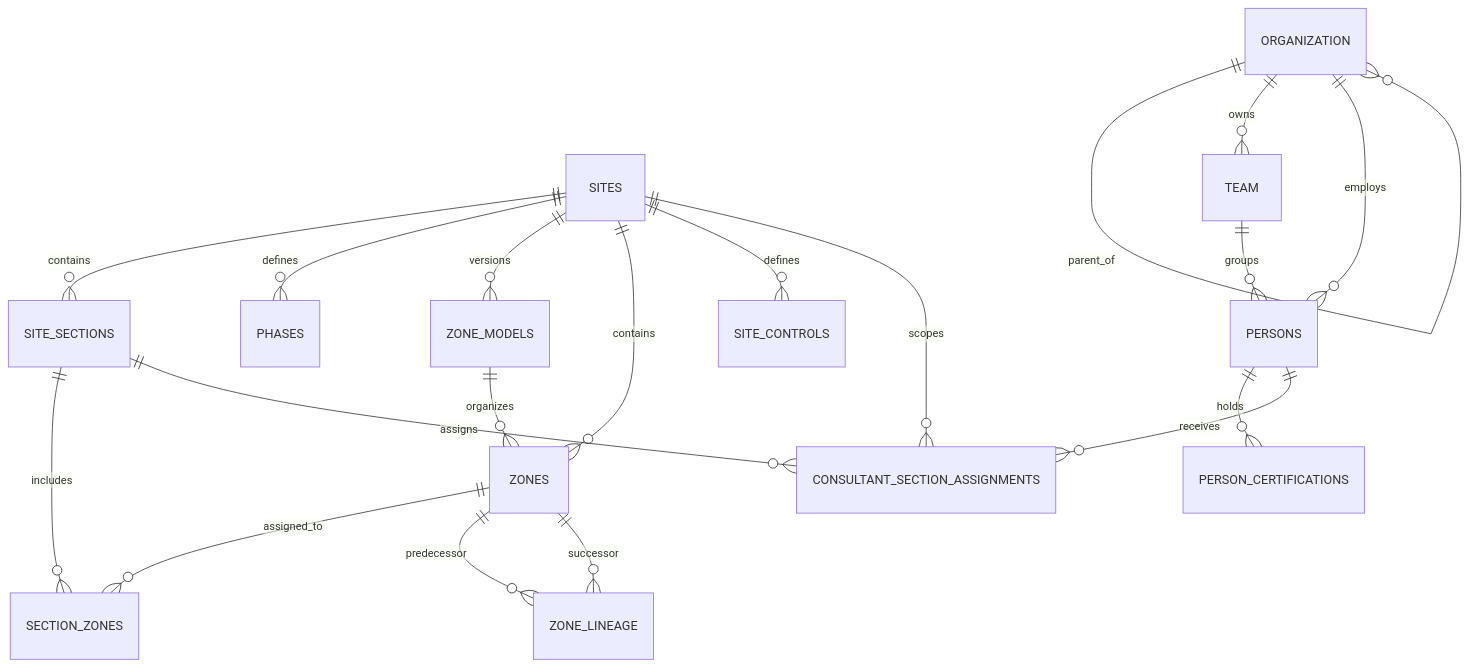
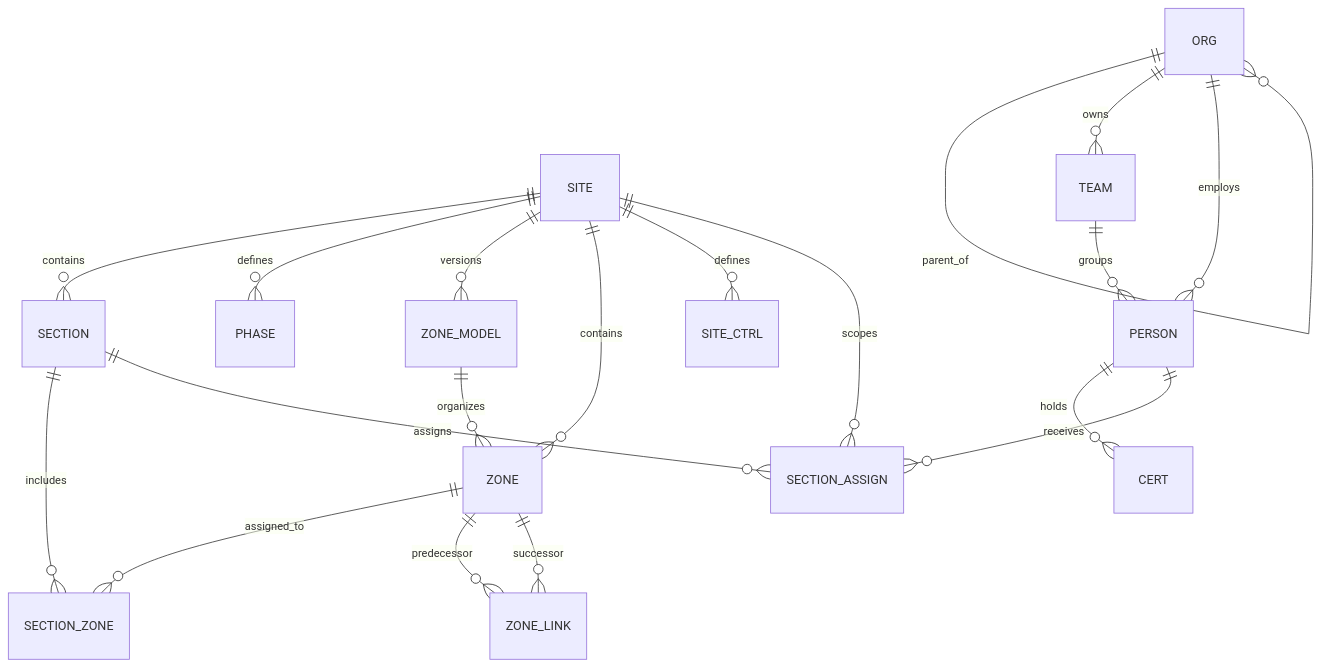
One commit to Euchie23/HSEQ_Risk_Intel changed the first of 10 diagrams in docs/Database_ERD.md. Above: the diagram before and after it, drawn with Mermaid. The commit also changed other lines of this file, not shown here.

First line of the commit message:
Improve clarity and consistency in Database ERD documentation

````diff
--- a/docs/Database_ERD.md
+++ b/docs/Database_ERD.md
@@ -40,29 +31,28 @@
 ```mermaid
 erDiagram
 
-    SITES ||--o{ SITE_SECTIONS : contains
-    SITES ||--o{ PHASES : defines
-    SITES ||--o{ ZONE_MODELS : versions
-    SITES ||--o{ ZONES : contains
-    SITES ||--o{ SITE_CONTROLS : defines
+    SITE ||--o{ SECTION : contains
+    SITE ||--o{ PHASE : defines
+    SITE ||--o{ ZONE_MODEL : versions
+    SITE ||--o{ ZONE : contains
+    SITE ||--o{ SITE_CTRL : defines
 
-    ZONE_MODELS ||--o{ ZONES : organizes
+    ZONE_MODEL ||--o{ ZONE : organizes
 
-    SITE_SECTIONS ||--o{ SECTION_ZONES : includes
-    ZONES ||--o{ SECTION_ZONES : assigned_to
+    SECTION ||--o{ SECTION_ZONE : includes
+    ZONE ||--o{ SECTION_ZONE : assigned_to
 
-    ZONES ||--o{ ZONE_LINEAGE : predecessor
-    ZONES ||--o{ ZONE_LINEAGE : successor
+    ZONE ||--o{ ZONE_LINK : predecessor
+    ZONE ||--o{ ZONE_LINK : successor
 
-    ORGANIZATION ||--o{ ORGANIZATION : parent_of
-    ORGANIZATION ||--o{ TEAM : owns
-    ORGANIZATION ||--o{ PERSONS : employs
+    ORG ||--o{ ORG : parent_of
+    ORG ||--o{ TEAM : owns
+    ORG ||--o{ PERSON : employs
 
-    TEAM ||--o{ PERSONS : groups
+    TEAM ||--o{ PERSON : groups
+    PERSON ||--o{ CERT : holds
 
-    PERSONS ||--o{ PERSON_CERTIFICATIONS : holds
-
-    SITES ||--o{ CONSULTANT_SECTION_ASSIGNMENTS : scopes
-    SITE_SECTIONS ||--o{ CONSULTANT_SECTION_ASSIGNMENTS : assigns
-    PERSONS ||--o{ CONSULTANT_SECTION_ASSIGNMENTS : receives
+    SITE ||--o{ SECTION_ASSIGN : scopes
+    SECTION ||--o{ SECTION_ASSIGN : assigns
+    PERSON ||--o{ SECTION_ASSIGN : receives
 ```
````
